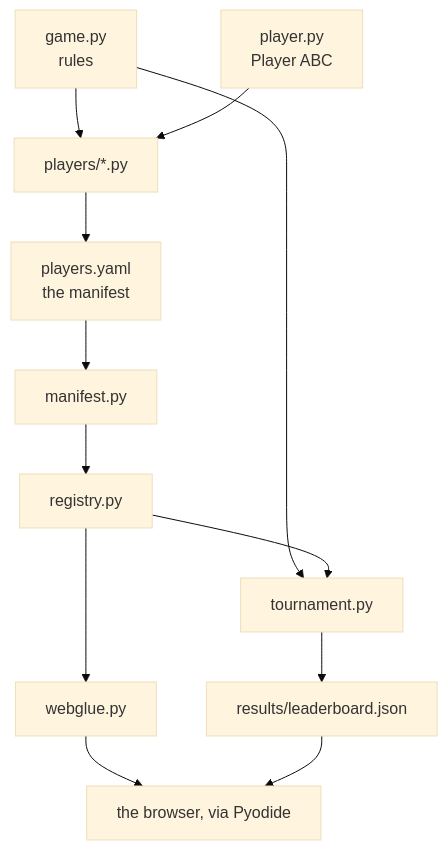
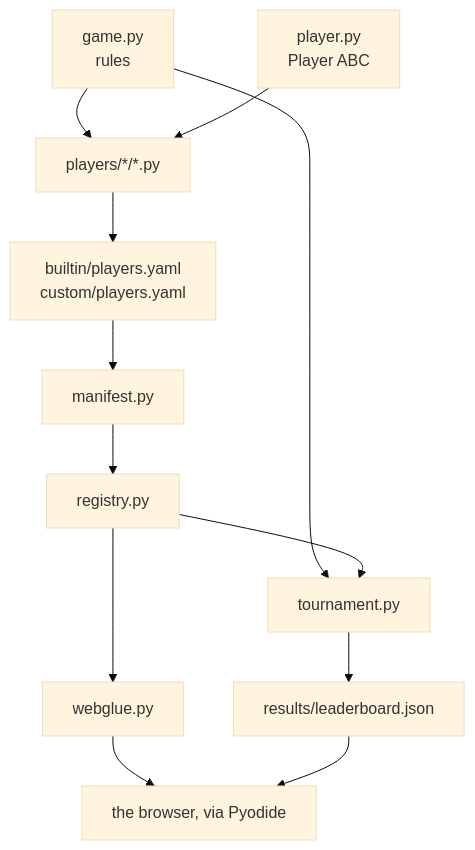
The diagram in docs/arena/code-structure.md (jparisu/nim-arena), drawn with Mermaid (base theme) before and after one commit. The commit also changed other lines of this file and 43 other files, not shown here.

````diff
--- a/docs/arena/code-structure.md
+++ b/docs/arena/code-structure.md
@@ -49,14 +52,14 @@
 ```mermaid
 flowchart TB
-    game["game.py<br/>rules"] --> players["players/*.py"]
+    game["game.py<br/>rules"] --> players["players/*/*.py"]
     abc["player.py<br/>Player ABC"] --> players
-    players --> manifest["players.yaml<br/>the manifest"]
+    players --> manifest["builtin/players.yaml<br/>custom/players.yaml"]
     manifest --> loader["manifest.py"]
     loader --> registry["registry.py"]
     game --> tournament["tournament.py"]
     registry --> tournament
     registry --> glue["webglue.py"]
     tournament --> json["results/leaderboard.json"]
     glue --> browser["the browser, via Pyodide"]
     json --> browser
 ```
````
